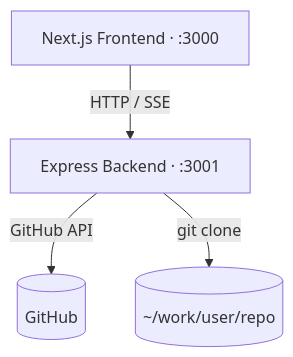
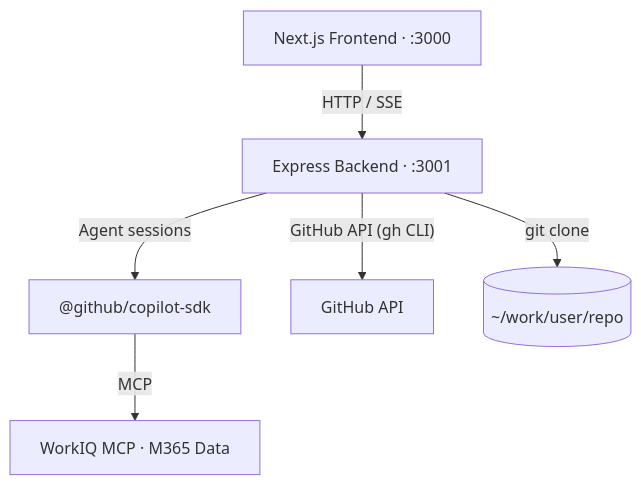
Before and after one commit to ricardocovo/agentic-web-spec: the first of 2 diagrams in README.md, drawn with Mermaid. The commit also changed other lines of this file, not shown here.

Commit message:
docs: Update README to clarify agent architecture and WorkIQ integration

````diff
--- a/README.md
+++ b/README.md
@@ -66,11 +66,15 @@
 ```mermaid
 flowchart TD
     Browser["Next.js Frontend · :3000"]
     Backend["Express Backend · :3001"]
-    GH[("GitHub")]
+    SDK["@github/copilot-sdk"]
+    WorkIQ["WorkIQ MCP · M365 Data"]
+    GitHubAPI["GitHub API"]
     Repos[("~/work/user/repo")]
 
     Browser -- "HTTP / SSE" --> Backend
-    Backend -- "GitHub API" --> GH
+    Backend -- "Agent sessions" --> SDK
+    SDK -- "MCP" --> WorkIQ
+    Backend -- "GitHub API (gh CLI)" --> GitHubAPI
     Backend -- "git clone" --> Repos
 ```
````
